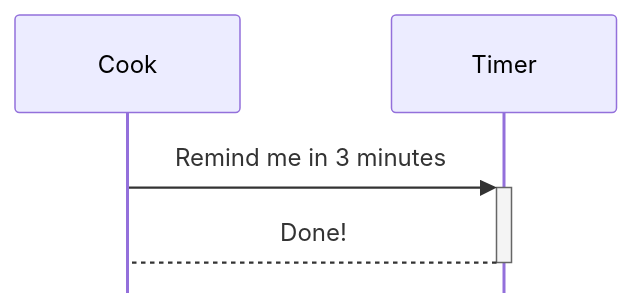
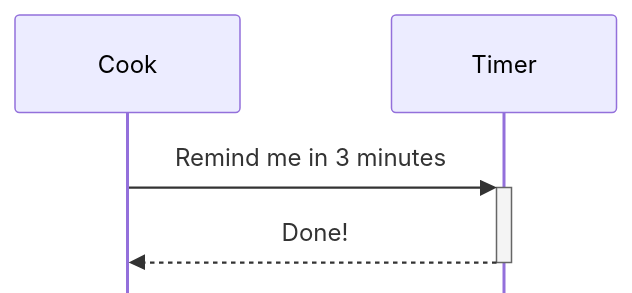
Before and after one commit to bunkean/My-Noteshub: the diagram in Tracking.md, drawn with Mermaid.

Commit message:
create/update 'Tracking.md' file

````diff
--- a/Tracking.md
+++ b/Tracking.md
@@ -2,9 +2,9 @@
 ```mermaid
 %%{init:{
 "sequence":{"mirrorActors":false}
 }}%%
 sequenceDiagram
 Cook ->>+ Timer : Remind me in 3 minutes
-Timer -->- Cook : Done!
+Timer -->>- Cook : Done!
 
 ```
````
